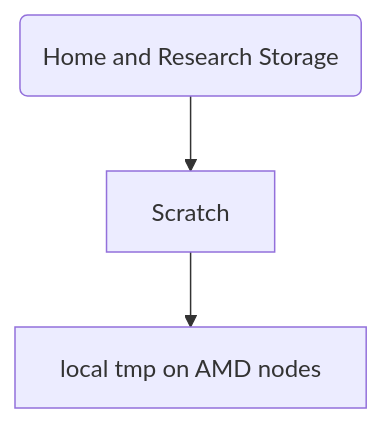
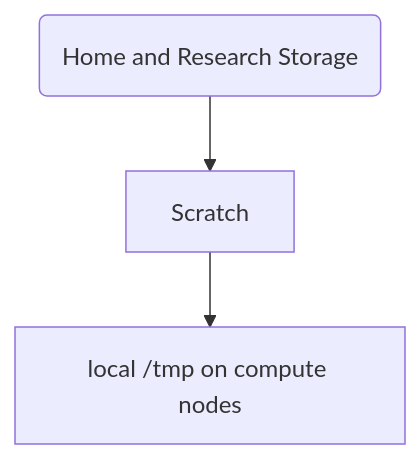
One commit to vuw-research-computing/raapoi-docs changed the diagram in docs/storage.md. Above: the diagram before and after it, drawn with Mermaid. The commit also changed other lines of this file, not shown here.

````diff
--- a/docs/storage.md
+++ b/docs/storage.md
@@ -51,6 +46,6 @@
 ```mermaid
 graph TD
    A(Home and Research Storage) --> B
    B[Scratch] --> D
-   D[local tmp on AMD nodes]
+   D[local /tmp on compute nodes]
 ```
````
